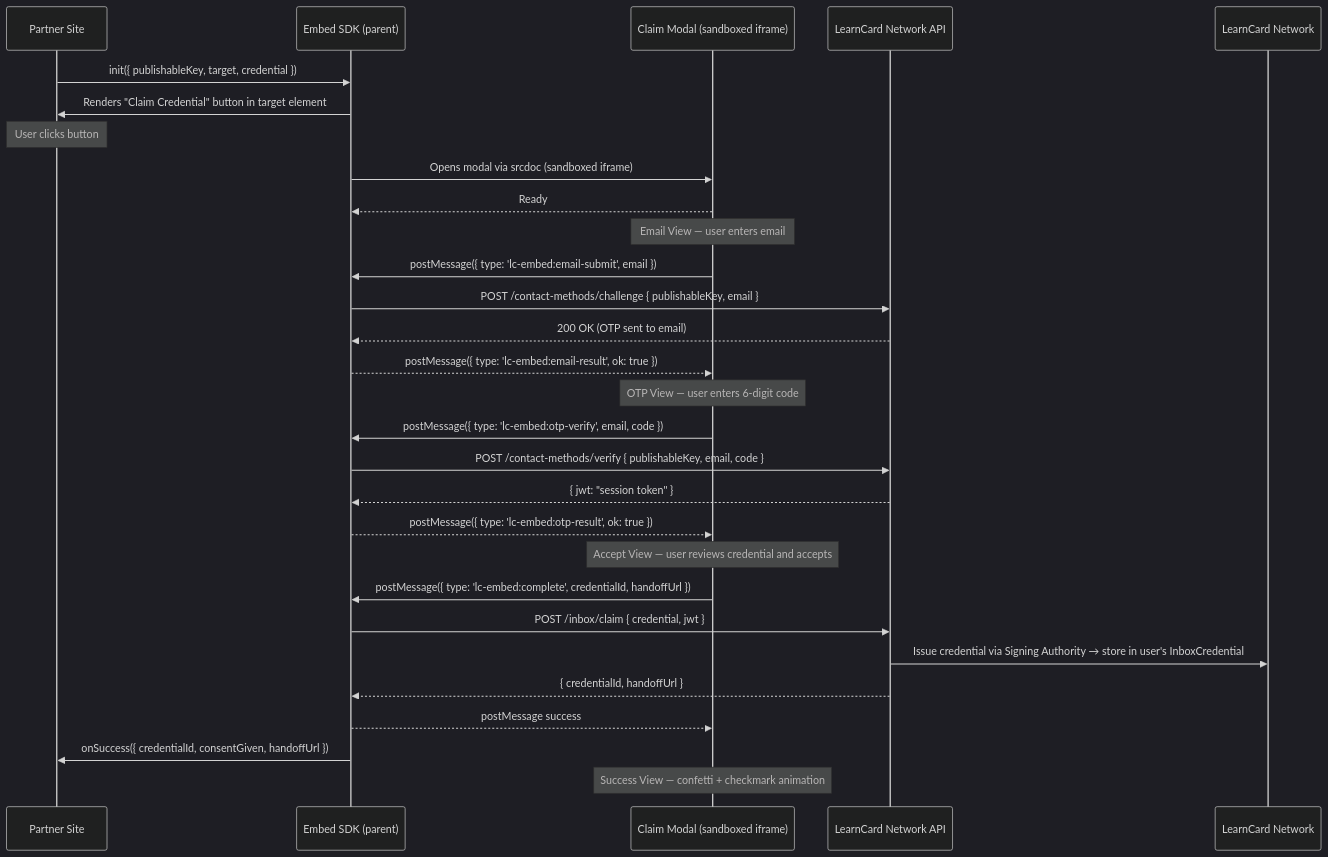
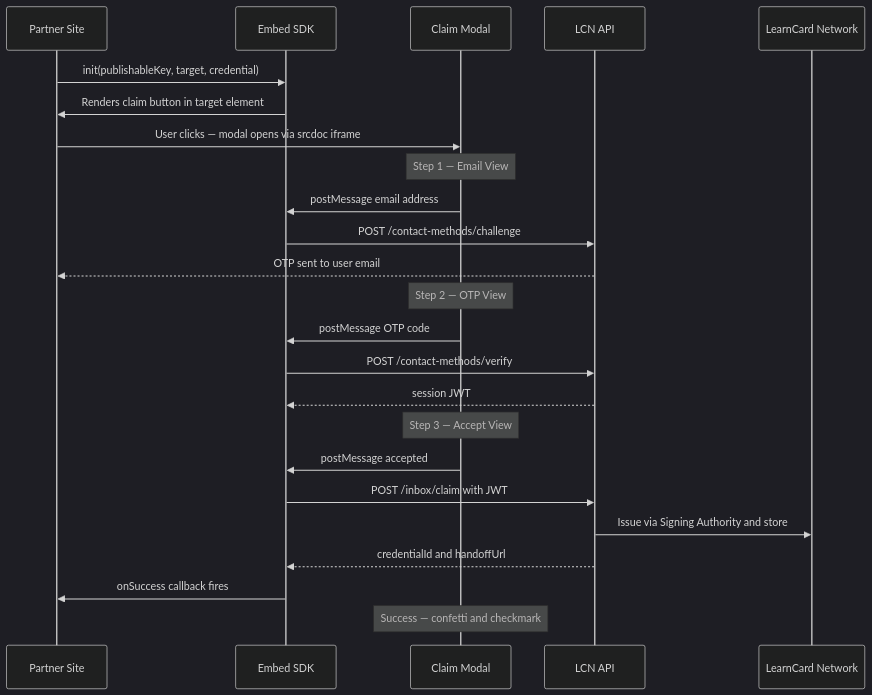
The diagram in docs/sdks/embed-sdk.md (learningeconomy/LearnCard), drawn with Mermaid (dark theme) before and after one commit. The commit also changed 1 other file, not shown here.

Commit message:
Fix diagram in docs

````diff
--- a/docs/sdks/embed-sdk.md
+++ b/docs/sdks/embed-sdk.md
@@ -49,41 +49,27 @@
 ```mermaid
 sequenceDiagram
     participant Site as Partner Site
-    participant SDK as Embed SDK (parent)
-    participant IFrame as Claim Modal (sandboxed iframe)
-    participant API as LearnCard Network API
+    participant SDK as Embed SDK
+    participant Modal as Claim Modal
+    participant API as LCN API
     participant LCN as LearnCard Network
 
-    Site->>SDK: init({ publishableKey, target, credential })
-    SDK->>Site: Renders "Claim Credential" button in target element
-
-    Note over Site: User clicks button
-
-    SDK->>IFrame: Opens modal via srcdoc (sandboxed iframe)
-    IFrame-->>SDK: Ready
-
-    Note over IFrame: Email View — user enters email
-
-    IFrame->>SDK: postMessage({ type: 'lc-embed:email-submit', email })
-    SDK->>API: POST /contact-methods/challenge { publishableKey, email }
-    API-->>SDK: 200 OK (OTP sent to email)
-    SDK-->>IFrame: postMessage({ type: 'lc-embed:email-result', ok: true })
-
-    Note over IFrame: OTP View — user enters 6-digit code
-
-    IFrame->>SDK: postMessage({ type: 'lc-embed:otp-verify', email, code })
-    SDK->>API: POST /contact-methods/verify { publishableKey, email, code }
-    API-->>SDK: { jwt: "session token" }
-    SDK-->>IFrame: postMessage({ type: 'lc-embed:otp-result', ok: true })
-
-    Note over IFrame: Accept View — user reviews credential and accepts
-
-    IFrame->>SDK: postMessage({ type: 'lc-embed:complete', credentialId, handoffUrl })
-    SDK->>API: POST /inbox/claim { credential, jwt }
-    API->>LCN: Issue credential via Signing Authority → store in user's InboxCredential
-    API-->>SDK: { credentialId, handoffUrl }
-    SDK-->>IFrame: postMessage success
-    SDK->>Site: onSuccess({ credentialId, consentGiven, handoffUrl })
-
-    Note over IFrame: Success View — confetti + checkmark animation
+    Site->>SDK: init(publishableKey, target, credential)
+    SDK->>Site: Renders claim button in target element
+    Site->>Modal: User clicks — modal opens via srcdoc iframe
+    Note over Modal: Step 1 — Email View
+    Modal->>SDK: postMessage email address
+    SDK->>API: POST /contact-methods/challenge
+    API-->>Site: OTP sent to user email
+    Note over Modal: Step 2 — OTP View
+    Modal->>SDK: postMessage OTP code
+    SDK->>API: POST /contact-methods/verify
+    API-->>SDK: session JWT
+    Note over Modal: Step 3 — Accept View
+    Modal->>SDK: postMessage accepted
+    SDK->>API: POST /inbox/claim with JWT
+    API->>LCN: Issue via Signing Authority and store
+    API-->>SDK: credentialId and handoffUrl
+    SDK->>Site: onSuccess callback fires
+    Note over Modal: Success — confetti and checkmark
 ```
````
